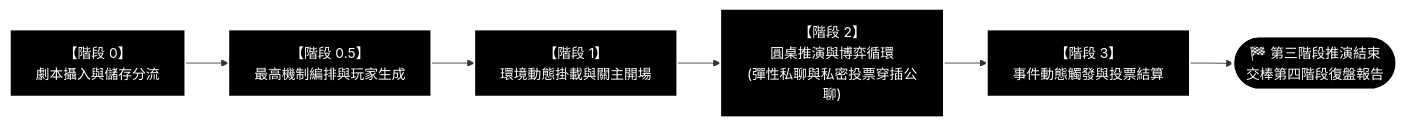
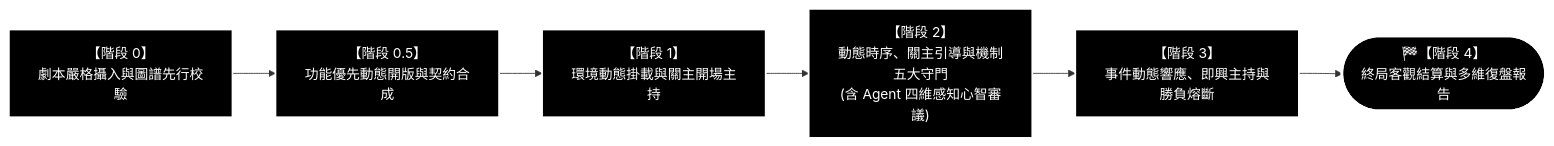
The first of 8 diagrams in docs/WORKFLOW_FLOWCHART.md (yin1120/MiroFish-1), drawn with Mermaid before and after one commit. The commit also changed other lines of this file and 4 other files, not shown here.

Commit message:
流程圖更新

````diff
--- a/docs/WORKFLOW_FLOWCHART.md
+++ b/docs/WORKFLOW_FLOWCHART.md
@@ -21,29 +22,29 @@
 ```mermaid
 %%{init: {
   'theme': 'base',
   'themeVariables': {
     'background': '#000000',
     'primaryColor': '#000000',
     'primaryTextColor': '#ffffff',
     'primaryBorderColor': '#ffffff',
     'lineColor': '#ffffff',
     'secondaryColor': '#000000',
     'tertiaryColor': '#000000',
-    'fontSize': '22px',
+    'fontSize': '20px',
     'fontFamily': '"Fira Code", consolas, "Microsoft JhengHei", "Noto Sans TC", sans-serif'
   }
 }}%%
 flowchart LR
-    P0["【階段 0】<br/>劇本攝入與儲存分流"] --> P0_5["【階段 0.5】<br/>最高機制編排與玩家生成"]
-    P0_5 --> P1["【階段 1】<br/>環境動態掛載與關主開場"]
-    P1 --> P2["【階段 2】<br/>圓桌推演與博弈循環<br/>(彈性私聊與私密投票穿插公聊)"]
-    P2 --> P3["【階段 3】<br/>事件動態觸發與投票結算"]
-    P3 --> Finish(["🏁 第三階段推演結束<br/>交棒第四階段復盤報告"])
+    P0["【階段 0】<br/>劇本嚴格攝入與圖譜先行校驗"] --> P0_5["【階段 0.5】<br/>功能優先動態開版與契約合成"]
+    P0_5 --> P1["【階段 1】<br/>環境動態掛載與關主開場主持"]
+    P1 --> P2["【階段 2】<br/>動態時序、關主引導與機制五大守門<br/>(含 Agent 四維感知心智審議)"]
+    P2 --> P3["【階段 3】<br/>事件動態響應、即興主持與勝負熔斷"]
+    P3 --> P4(["🏁【階段 4】<br/>終局客觀結算與多維復盤報告"])
 
     style P0 fill:#000000,stroke:#ffffff,stroke-width:2px,color:#ffffff
     style P0_5 fill:#000000,stroke:#ffffff,stroke-width:2px,color:#ffffff
     style P1 fill:#000000,stroke:#ffffff,stroke-width:2px,color:#ffffff
     style P2 fill:#000000,stroke:#ffffff,stroke-width:2px,color:#ffffff
     style P3 fill:#000000,stroke:#ffffff,stroke-width:2px,color:#ffffff
-    style Finish fill:#000000,stroke:#ffffff,stroke-width:3px,color:#ffffff
+    style P4 fill:#000000,stroke:#ffffff,stroke-width:3px,color:#ffffff
 ```
````
